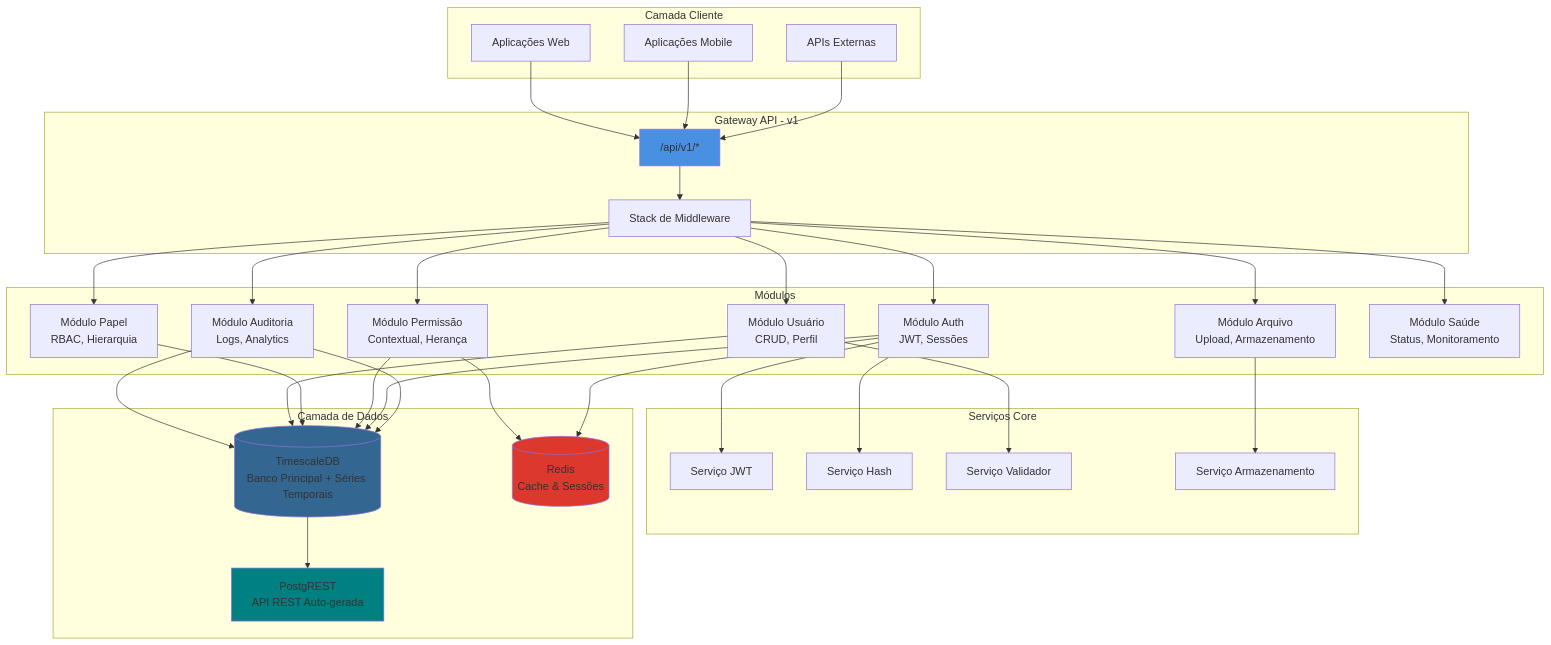
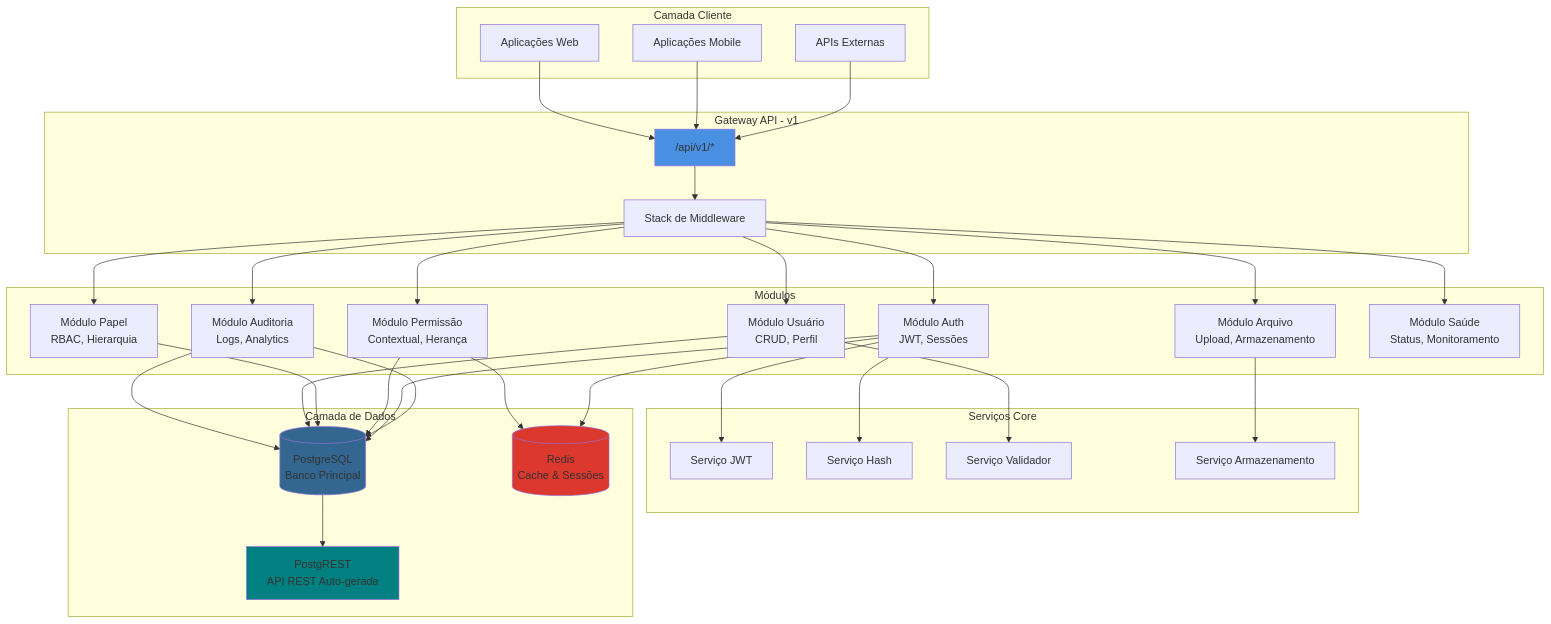
Before and after one commit to gabrielmaialva33/base-acl-api: the first of 7 diagrams in README-pt.md, drawn with Mermaid. The commit also changed other lines of this file and 1 other file, not shown here.

First line of the commit message:
refactor(docs): replace TimescaleDB mentions with PostgreSQL

````diff
--- a/README-pt.md
+++ b/README-pt.md
@@ -43,70 +43,70 @@
 ```mermaid
 graph TB
     subgraph "Camada Cliente"
         WEB[Aplicações Web]
         MOB[Aplicações Mobile]
         API[APIs Externas]
     end
 
     subgraph "Gateway API - v1"
         ROUTES["/api/v1/*"]
         MW[Stack de Middleware]
     end
 
     subgraph "Módulos"
         AUTH[Módulo Auth<br/>JWT, Sessões]
         USER[Módulo Usuário<br/>CRUD, Perfil]
         ROLE[Módulo Papel<br/>RBAC, Hierarquia]
         PERM[Módulo Permissão<br/>Contextual, Herança]
         FILE[Módulo Arquivo<br/>Upload, Armazenamento]
         AUDIT[Módulo Auditoria<br/>Logs, Analytics]
         HEALTH[Módulo Saúde<br/>Status, Monitoramento]
     end
 
     subgraph "Serviços Core"
         JWT[Serviço JWT]
         HASH[Serviço Hash]
         VALIDATOR[Serviço Validador]
         STORAGE[Serviço Armazenamento]
     end
 
     subgraph "Camada de Dados"
-        TS[(TimescaleDB<br/>Banco Principal + Séries Temporais)]
+        TS[(PostgreSQL<br/>Banco Principal)]
         REDIS[(Redis<br/>Cache & Sessões)]
         PGREST[PostgREST<br/>API REST Auto-gerada]
     end
 
     WEB --> ROUTES
     MOB --> ROUTES
     API --> ROUTES
 
     ROUTES --> MW
     MW --> AUTH
     MW --> USER
     MW --> ROLE
     MW --> PERM
     MW --> FILE
     MW --> AUDIT
     MW --> HEALTH
 
     AUTH --> JWT
     AUTH --> HASH
     USER --> VALIDATOR
     FILE --> STORAGE
     PERM --> REDIS
     AUDIT --> TS
 
     USER --> TS
     ROLE --> TS
     PERM --> TS
     AUTH --> TS
     AUTH --> REDIS
     AUDIT --> TS
 
     TS --> PGREST
 
     style ROUTES fill:#4A90E2
     style TS fill:#336791
     style REDIS fill:#DC382D
     style PGREST fill:#008080
 ```
````
